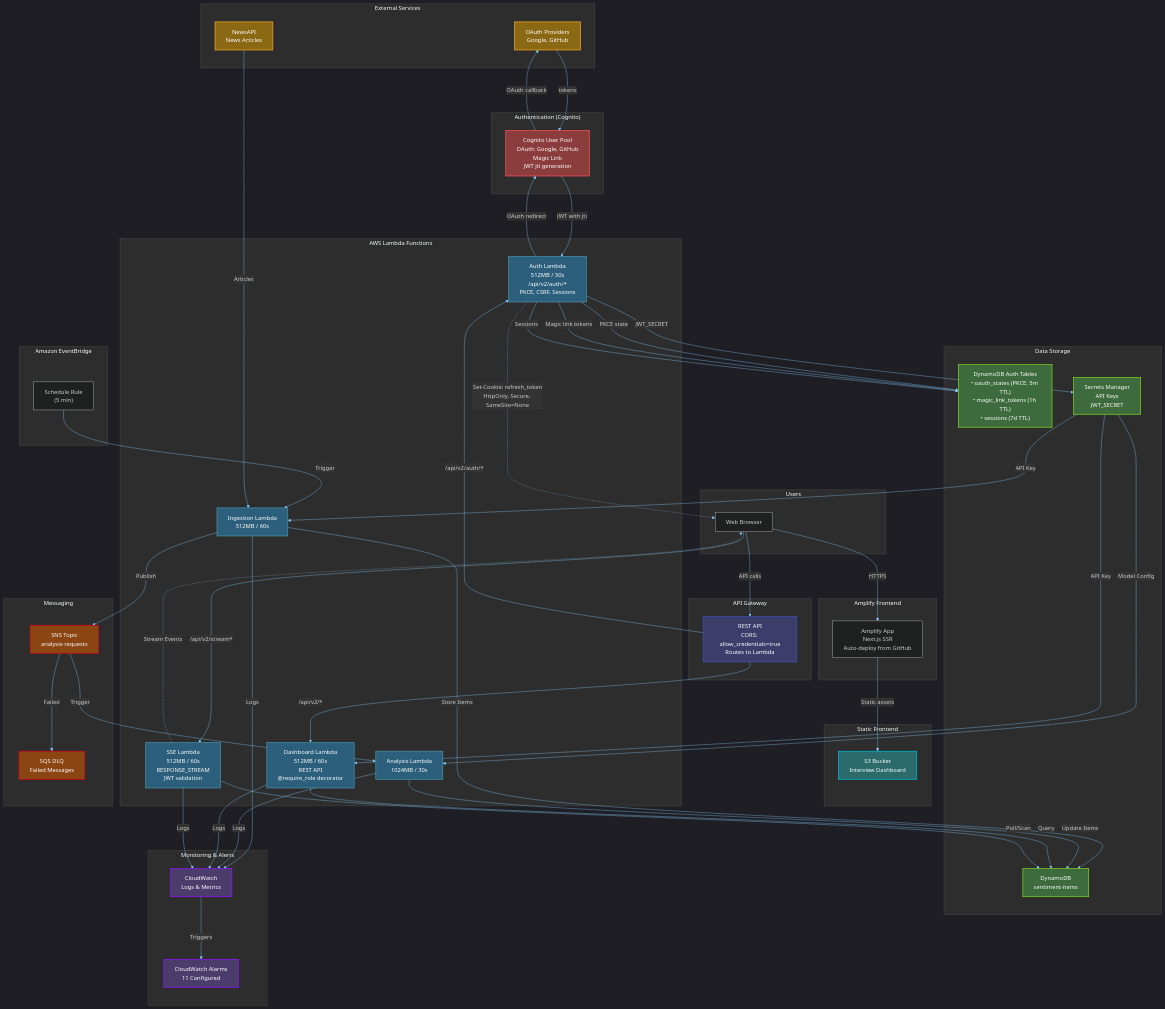
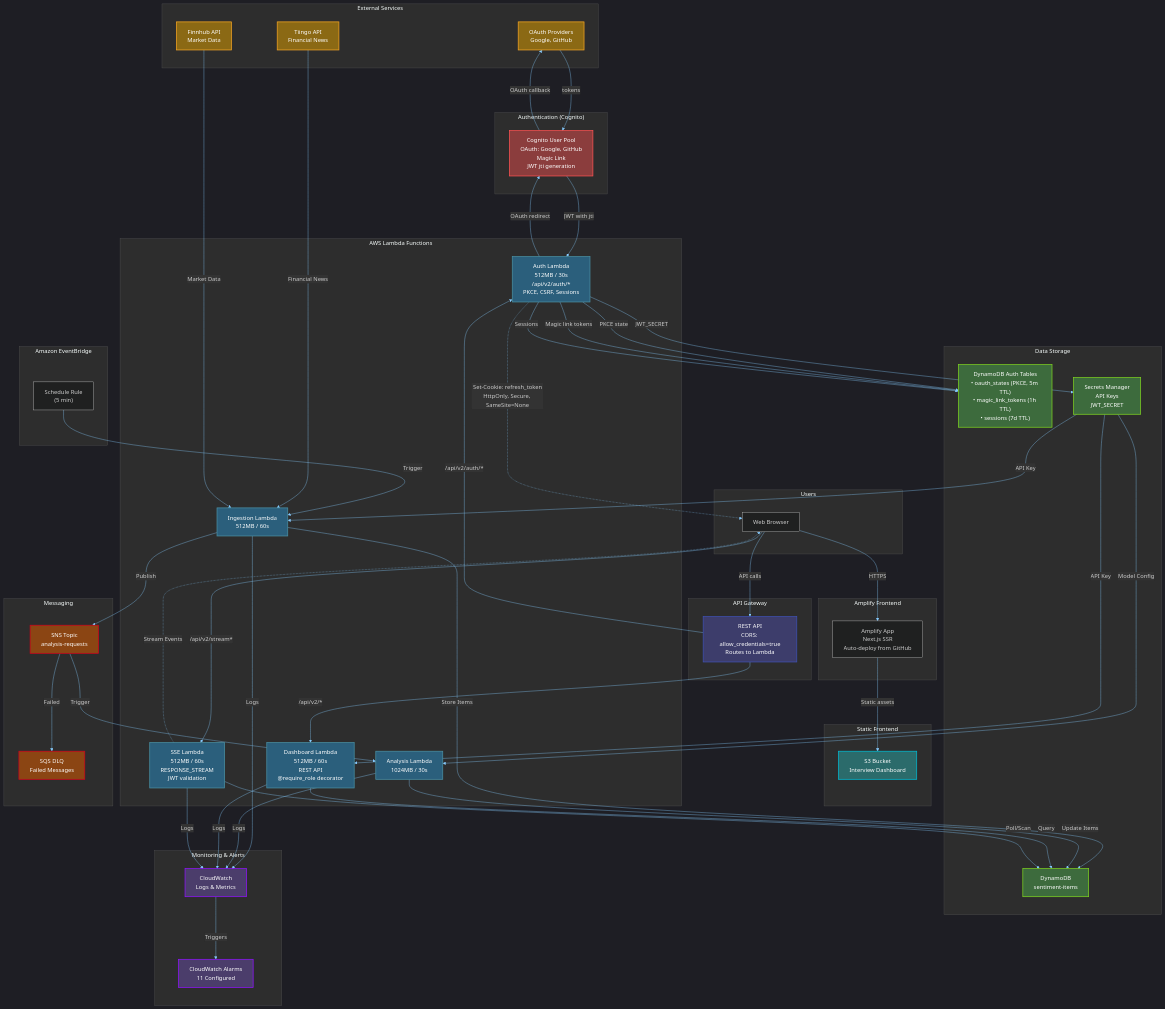
One commit to traylorre/sentiment-analyzer-gsk changed the diagram in docs/diagrams/architecture.mmd. Above: the diagram before and after it, drawn with Mermaid. The commit also changed 11 other files, not shown here.

First line of the commit message:
feat(1215): Fix architecture diagram inconsistencies

```diff
--- a/docs/diagrams/architecture.mmd
+++ b/docs/diagrams/architecture.mmd
@@ -1,122 +1,123 @@
 %%{init: {"theme": "dark", "themeVariables": {"primaryColor": "#4A90A4", "secondaryColor": "#F5A623", "tertiaryColor": "#2d2d2d", "lineColor": "#88CCFF", "primaryTextColor": "#FFFFFF", "secondaryTextColor": "#FFFFFF", "tertiaryTextColor": "#FFFFFF", "nodeTextColor": "#FFFFFF", "edgeLabelBackground": "#333333", "clusterBkg": "#2d2d2d", "clusterBorder": "#555555"}, "flowchart": {"curve": "basis", "nodeSpacing": 60, "rankSpacing": 100}}}%%
 flowchart TB
     subgraph External["External Services"]
-        NewsAPI["NewsAPI<br/>News Articles"]
+        Tiingo["Tiingo API<br/>Financial News"]
+        Finnhub["Finnhub API<br/>Market Data"]
         OAuthProviders["OAuth Providers<br/>Google, GitHub"]
     end
 
     subgraph EventBridge["Amazon EventBridge"]
         Schedule["Schedule Rule<br/>(5 min)"]
     end
 
     subgraph AmplifyFE["Amplify Frontend"]
         AmplifyApp["Amplify App<br/>Next.js SSR<br/>Auto-deploy from GitHub"]
     end
 
     subgraph APIGateway["API Gateway"]
         APIGW["REST API<br/>CORS: allow_credentials=true<br/>Routes to Lambda"]
     end
 
     subgraph Frontend["Static Frontend"]
         S3["S3 Bucket<br/>Interview Dashboard"]
     end
 
     subgraph Auth["Authentication (Cognito)"]
         Cognito["Cognito User Pool<br/>OAuth: Google, GitHub<br/>Magic Link<br/>JWT jti generation"]
     end
 
     subgraph Lambda["AWS Lambda Functions"]
         Ingestion["Ingestion Lambda<br/>512MB / 60s"]
         Analysis["Analysis Lambda<br/>1024MB / 30s"]
         AuthLambda["Auth Lambda<br/>512MB / 30s<br/>/api/v2/auth/*<br/>PKCE, CSRF, Sessions"]
         Dashboard["Dashboard Lambda<br/>512MB / 60s<br/>REST API<br/>@require_role decorator"]
         SSE["SSE Lambda<br/>512MB / 60s<br/>RESPONSE_STREAM<br/>JWT validation"]
     end
 
     subgraph Storage["Data Storage"]
         DynamoDB["DynamoDB<br/>sentiment-items"]
         AuthTables["DynamoDB Auth Tables<br/>• oauth_states (PKCE, 5m TTL)<br/>• magic_link_tokens (1h TTL)<br/>• sessions (7d TTL)"]
         Secrets["Secrets Manager<br/>API Keys<br/>JWT_SECRET"]
     end
 
     subgraph Messaging["Messaging"]
         SNS["SNS Topic<br/>analysis-requests"]
         DLQ["SQS DLQ<br/>Failed Messages"]
     end
 
     subgraph Monitoring["Monitoring & Alerts"]
         CloudWatch["CloudWatch<br/>Logs & Metrics"]
         Alarms["CloudWatch Alarms<br/>11 Configured"]
     end
 
     subgraph Users["Users"]
         Browser["Web Browser"]
     end
 
     %% User Request Flow (via Amplify + Lambda Function URLs)
     Browser -->|HTTPS| AmplifyApp
     AmplifyApp -->|Static assets| S3
     Browser -->|API calls| APIGW
     APIGW -->|"/api/v2/auth/*"| AuthLambda
     APIGW -->|"/api/v2/*"| Dashboard
     Browser -->|"/api/v2/stream*"| SSE
 
     %% Authentication Flow
     AuthLambda -->|OAuth redirect| Cognito
     Cognito -->|OAuth callback| OAuthProviders
     OAuthProviders -->|tokens| Cognito
     Cognito -->|JWT with jti| AuthLambda
     AuthLambda -->|PKCE state| AuthTables
     AuthLambda -->|Magic link tokens| AuthTables
     AuthLambda -->|Sessions| AuthTables
     AuthLambda -->|JWT_SECRET| Secrets
     AuthLambda -.->|Set-Cookie: refresh_token<br/>HttpOnly, Secure, SameSite=None| Browser
 
     %% Data Ingestion Flow
     Schedule -->|Trigger| Ingestion
-    NewsAPI -->|Articles| Ingestion
+    Tiingo -->|Financial News| Ingestion
+    Finnhub -->|Market Data| Ingestion
     Secrets -->|API Key| Ingestion
     Ingestion -->|Store Items| DynamoDB
     Ingestion -->|Publish| SNS
 
     %% Analysis Flow
     SNS -->|Trigger| Analysis
     SNS -->|Failed| DLQ
     Analysis -->|Update Items| DynamoDB
     Secrets -->|Model Config| Analysis
 
     %% API Flow
     Dashboard -->|Query| DynamoDB
     Secrets -->|API Key| Dashboard
 
     %% SSE Streaming Flow
     SSE -->|Poll/Scan| DynamoDB
     SSE -.->|Stream Events| Browser
 
     %% Monitoring
     Ingestion -->|Logs| CloudWatch
     Analysis -->|Logs| CloudWatch
     Dashboard -->|Logs| CloudWatch
     SSE -->|Logs| CloudWatch
     CloudWatch -->|Triggers| Alarms
 
     %% Styling - Dark theme with white text
     classDef external fill:#8B6914,stroke:#F5A623,stroke-width:2px,color:#FFFFFF
     classDef lambda fill:#2B5F7C,stroke:#4A90A4,stroke-width:2px,color:#FFFFFF
     classDef storage fill:#3D6B3D,stroke:#7ED321,stroke-width:2px,color:#FFFFFF
     classDef messaging fill:#8B4513,stroke:#D0021B,stroke-width:2px,color:#FFFFFF
     classDef monitoring fill:#4B3D6B,stroke:#9013FE,stroke-width:2px,color:#FFFFFF
     classDef cdn fill:#6B3D5C,stroke:#E91E63,stroke-width:2px,color:#FFFFFF
     classDef frontend fill:#2B6B6B,stroke:#00BCD4,stroke-width:2px,color:#FFFFFF
     classDef auth fill:#8B3D3D,stroke:#FF5252,stroke-width:2px,color:#FFFFFF
     classDef gateway fill:#3D3D6B,stroke:#3F51B5,stroke-width:2px,color:#FFFFFF
 
-    class NewsAPI,OAuthProviders external
+    class Tiingo,Finnhub,OAuthProviders external
     class Ingestion,Analysis,AuthLambda,Dashboard,SSE lambda
     class DynamoDB,AuthTables,Secrets storage
     class SNS,DLQ messaging
     class CloudWatch,Alarms monitoring
-    class CF cdn
     class S3 frontend
     class Cognito auth
     class APIGW gateway
```
